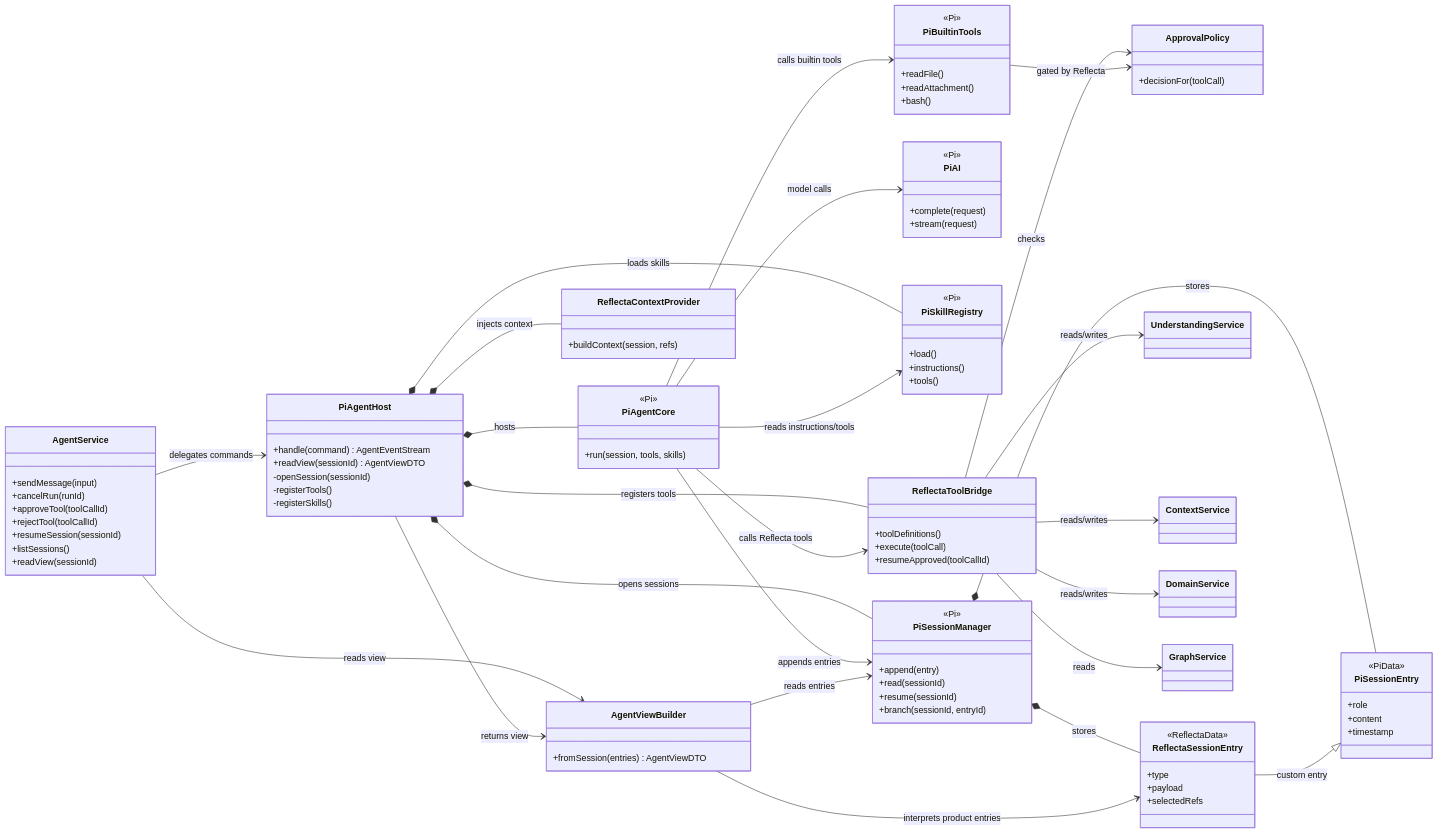
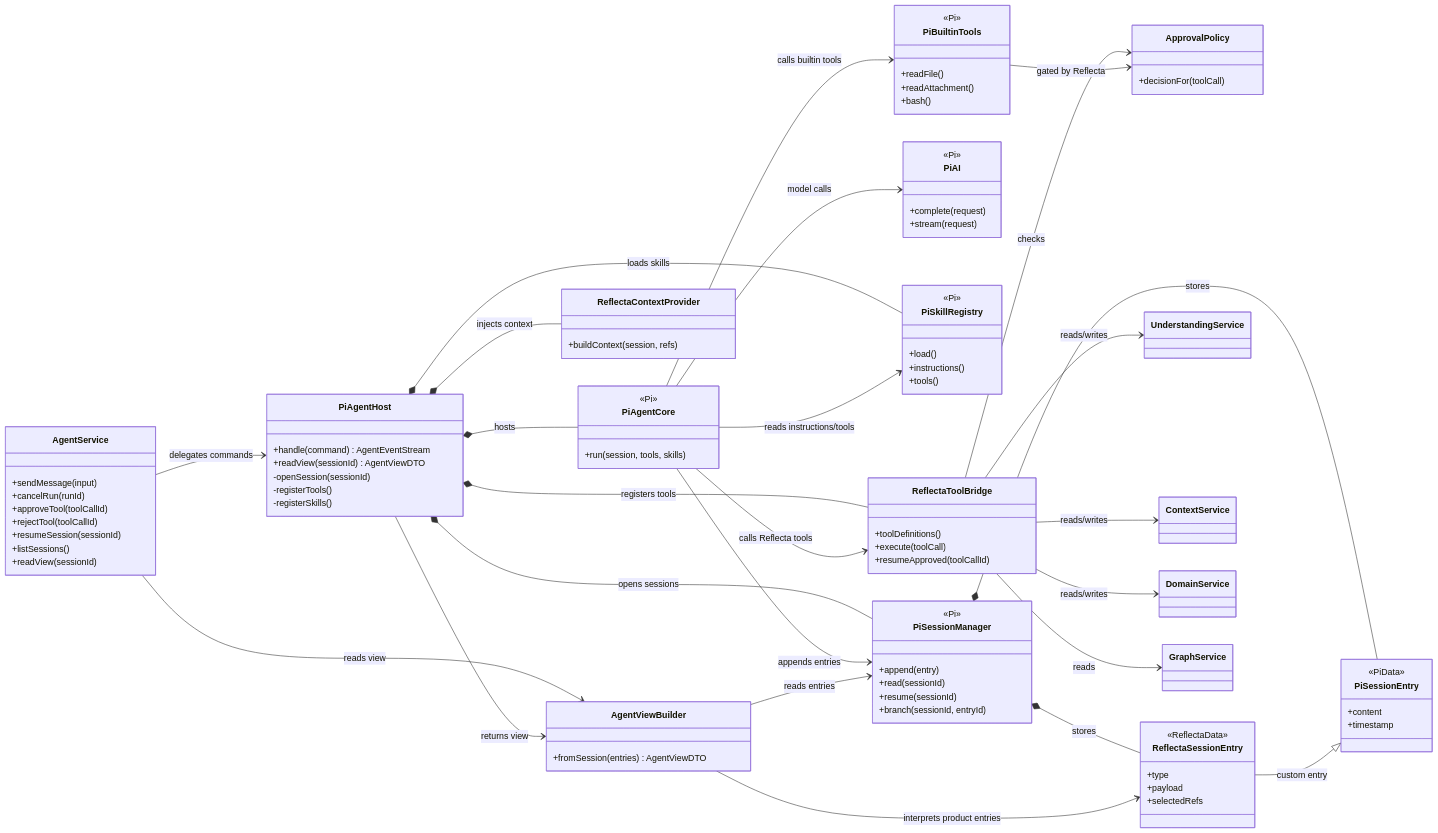
One commit to Floribunda1/reflecta changed the second of 6 diagrams in docs/iterations/v1.1.0/tech/agent-pi-runtime-architecture.md. Above: the diagram before and after it, drawn with Mermaid. The commit also changed 1 other file, not shown here.

Commit message:
docs(product): remove context role

```diff
--- a/docs/iterations/v1.1.0/tech/agent-pi-runtime-architecture.md
+++ b/docs/iterations/v1.1.0/tech/agent-pi-runtime-architecture.md
@@ -169,7 +169,6 @@
 
   class PiSessionEntry {
     <<PiData>>
-    +role
     +content
     +timestamp
   }
```
